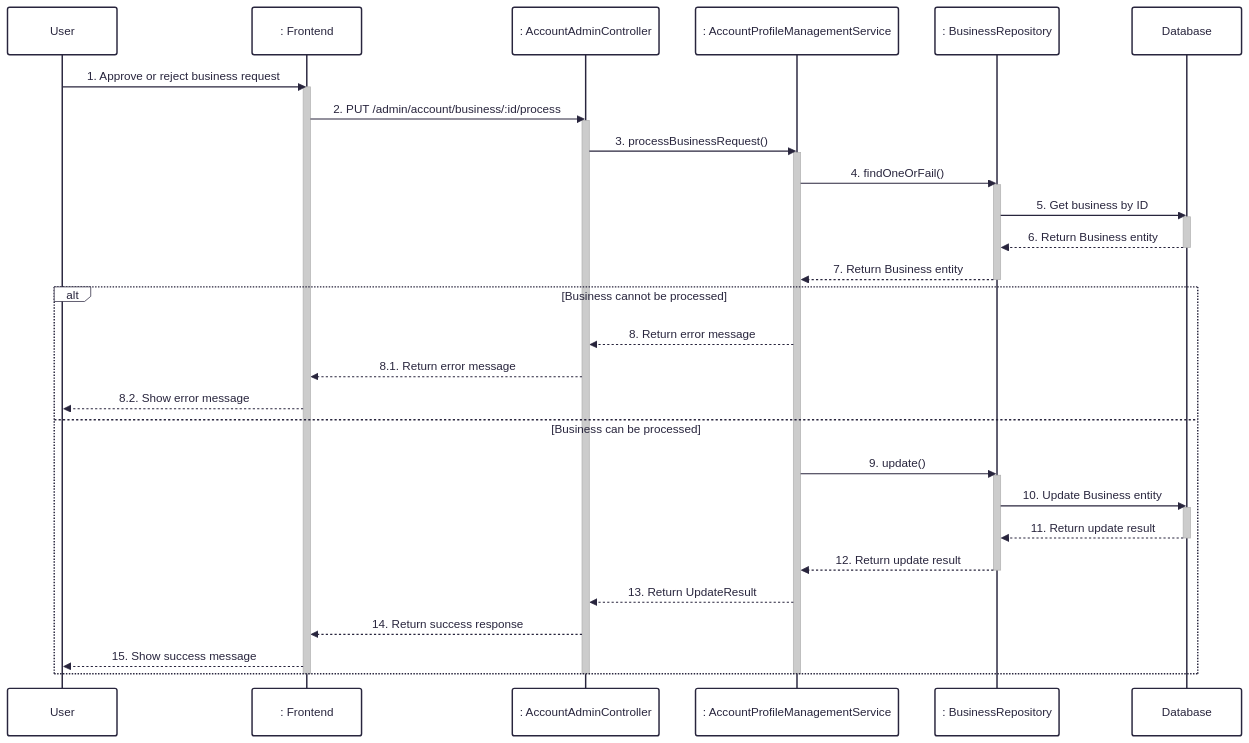
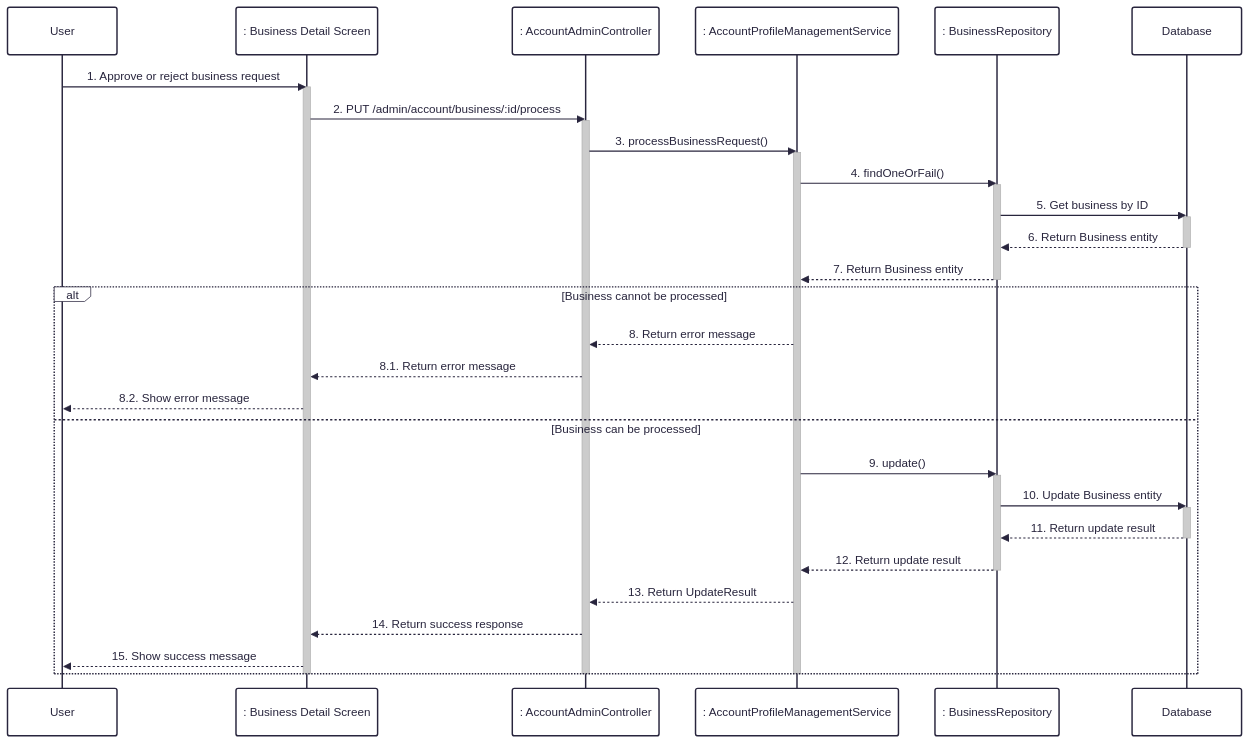
One commit to UrbanLens-2025/urban-lens_server changed the diagram in docs/sequence/2-process-business-request.md. Above: the diagram before and after it, drawn with Mermaid. The commit also changed 11 other files, not shown here.

Commit message:
Sequence diagrams

````diff
--- a/docs/sequence/2-process-business-request.md
+++ b/docs/sequence/2-process-business-request.md
@@ -1,49 +1,49 @@
 ```mermaid
 ---
 config:
   theme: redux
   look: classic
 ---
 sequenceDiagram
     participant User
-    participant Frontend as : Frontend
+    participant Frontend as : Business Detail Screen
     participant AccountAdminController as : AccountAdminController
     participant AccountProfileManagementService as : AccountProfileManagementService
     participant BusinessRepository as : BusinessRepository
     participant Database
 
     User->>Frontend: 1. Approve or reject business request
     activate Frontend
     Frontend->>AccountAdminController: 2. PUT /admin/account/business/:id/process
     activate AccountAdminController
     AccountAdminController->>AccountProfileManagementService: 3. processBusinessRequest()
     activate AccountProfileManagementService
     AccountProfileManagementService->>BusinessRepository: 4. findOneOrFail()
     activate BusinessRepository
     BusinessRepository->>Database: 5. Get business by ID
     activate Database
     Database-->>BusinessRepository: 6. Return Business entity
     deactivate Database
     BusinessRepository-->>AccountProfileManagementService: 7. Return Business entity
     deactivate BusinessRepository
     alt Business cannot be processed
         AccountProfileManagementService-->>AccountAdminController: 8. Return error message
         AccountAdminController-->>Frontend: 8.1. Return error message
         Frontend-->>User: 8.2. Show error message
     else Business can be processed
         AccountProfileManagementService->>BusinessRepository: 9. update()
         activate BusinessRepository
         BusinessRepository->>Database: 10. Update Business entity
         activate Database
         Database-->>BusinessRepository: 11. Return update result
         deactivate Database
         BusinessRepository-->>AccountProfileManagementService: 12. Return update result
         deactivate BusinessRepository
         AccountProfileManagementService-->>AccountAdminController: 13. Return UpdateResult
         AccountAdminController-->>Frontend: 14. Return success response
         Frontend-->>User: 15. Show success message
     end
     deactivate AccountProfileManagementService
     deactivate AccountAdminController
     deactivate Frontend
 ```
````
